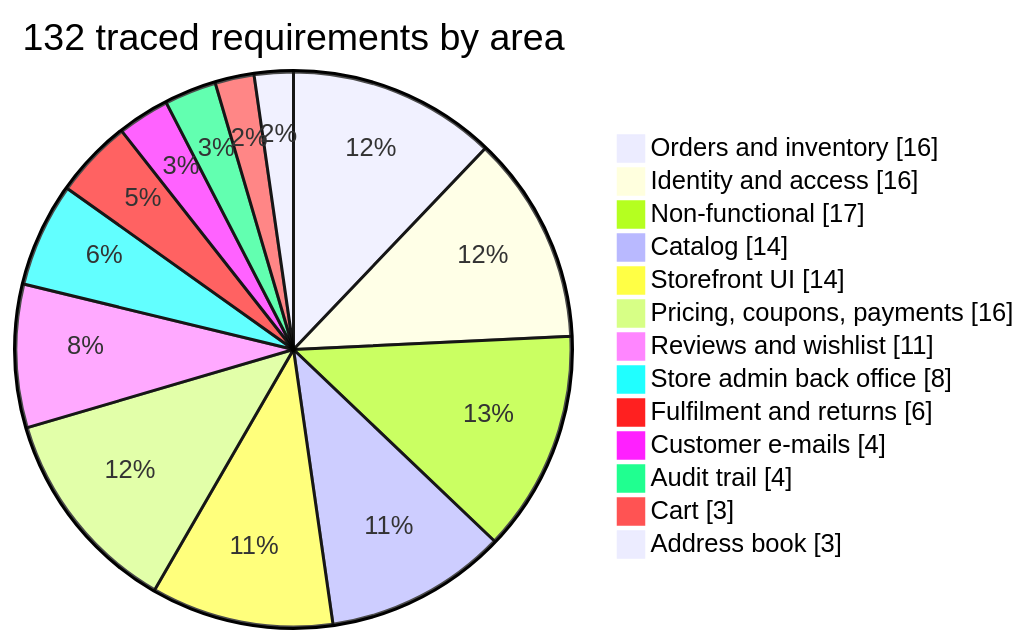
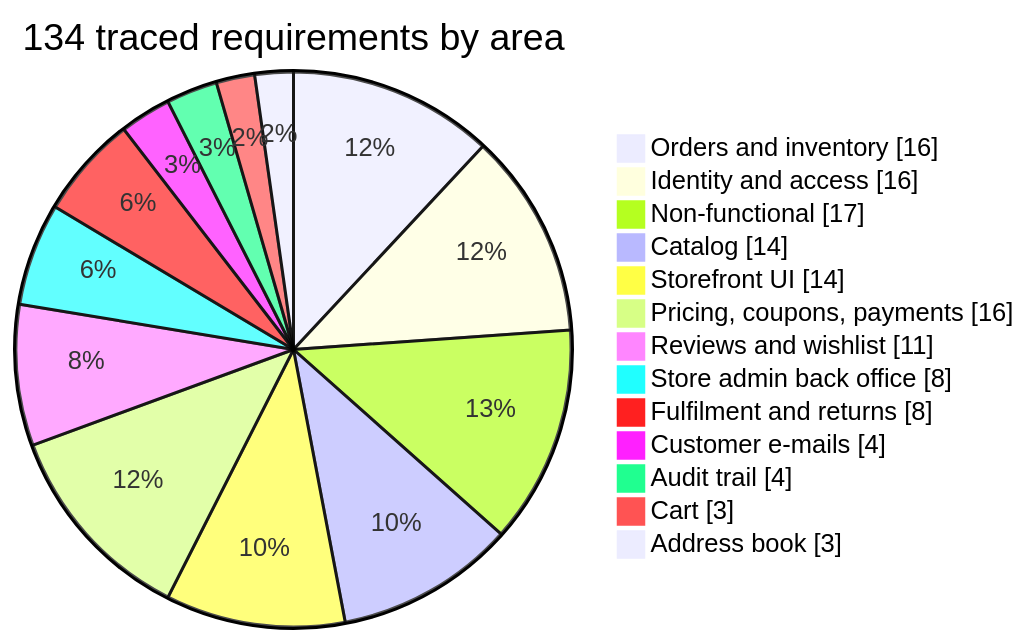
The second of 2 diagrams in README.md (rbchy/RbcTcsWorld), drawn with Mermaid before and after one commit. The commit also changed other lines of this file and 40 other files, not shown here.

````diff
--- a/README.md
+++ b/README.md
@@ -53,17 +53,17 @@
 ```mermaid
 pie showData
-    title 132 traced requirements by area
+    title 134 traced requirements by area
     "Orders and inventory" : 16
     "Identity and access" : 16
     "Non-functional" : 17
     "Catalog" : 14
     "Storefront UI" : 14
     "Pricing, coupons, payments" : 16
     "Reviews and wishlist" : 11
     "Store admin back office" : 8
-    "Fulfilment and returns" : 6
+    "Fulfilment and returns" : 8
     "Customer e-mails" : 4
     "Audit trail" : 4
     "Cart" : 3
     "Address book" : 3
 ```
````
